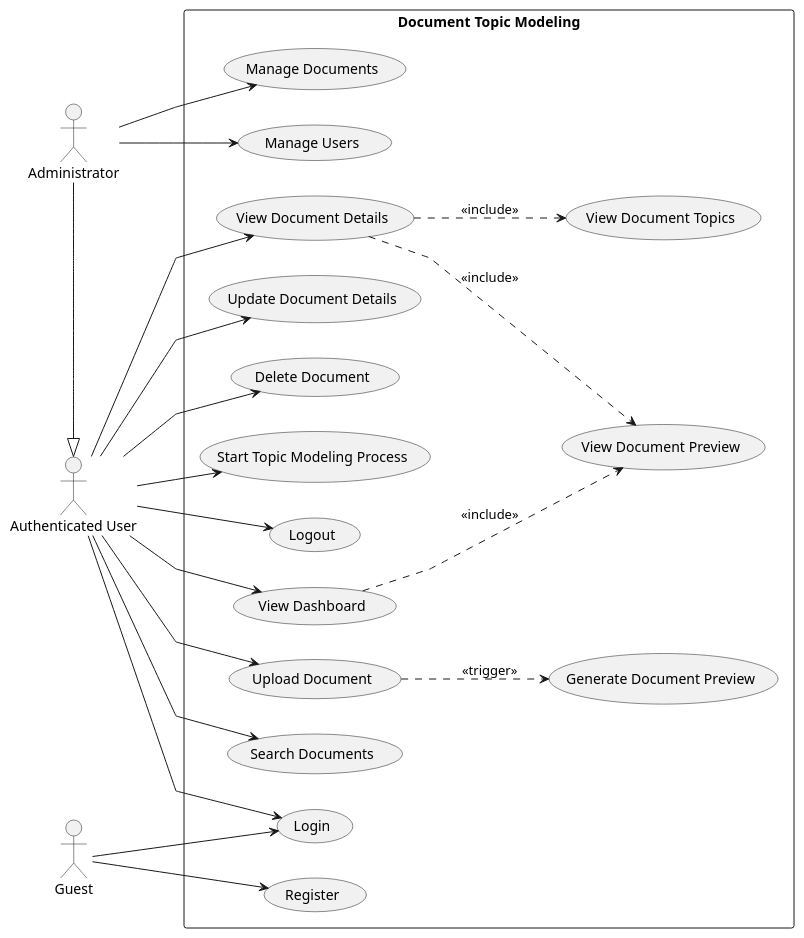
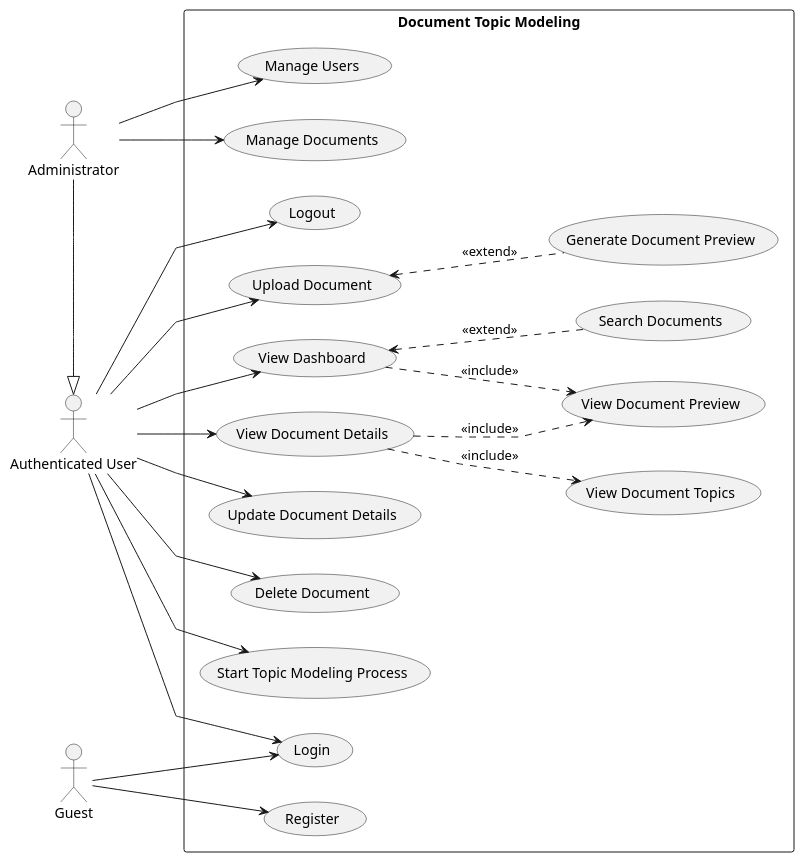
The diagram in doc/use-cases.pu (Bollemii/Master-thesis-Files-indexer), drawn with PlantUML before and after one commit. The commit also changed 1 other file, not shown here.

```diff
--- a/doc/use-cases.pu
+++ b/doc/use-cases.pu
@@ -1,50 +1,50 @@
 @startuml UseCases
 skinparam linetype polyline
 left to right direction
 
 actor Guest
 actor "Authenticated User" as User
 actor "Administrator" as Admin
 
 rectangle "Document Topic Modeling" {
   usecase "Register" as UC_Register
   usecase "Login" as UC_Login
   usecase "Logout" as UC_Logout
   usecase "Upload Document" as UC_Upload
   usecase "View Dashboard" as UC_ViewList
   usecase "Search Documents" as UC_Search
   usecase "View Document Details" as UC_ViewDetails
   usecase "Update Document Details" as UC_UpdateDetails
   usecase "Delete Document" as UC_Delete
   usecase "View Document Preview" as UC_ViewPreview
   usecase "View Document Topics" as UC_ViewTopics
   usecase "Start Topic Modeling Process" as UC_TopicModel
   usecase "Generate Document Preview" as UC_GenPreview
   usecase "Manage Users" as UC_ManageUsers
   usecase "Manage Documents" as UC_ManageDocuments
 
   Guest --> UC_Register
   Guest --> UC_Login
 
   User --> UC_Login
   User --> UC_Logout
   User --> UC_Upload
   User --> UC_ViewList
-  User --> UC_Search
   User --> UC_ViewDetails
   User --> UC_UpdateDetails
   User --> UC_Delete
   User --> UC_TopicModel
 
   UC_ViewDetails ..> UC_ViewPreview : <<include>>
   UC_ViewList ..> UC_ViewPreview : <<include>>
+  UC_ViewList <.. UC_Search : <<extend>>
   UC_ViewDetails ..> UC_ViewTopics : <<include>>
 
-  UC_Upload ..> UC_GenPreview : <<trigger>>
+  UC_Upload <.. UC_GenPreview : <<extend>>
 
   User <|-left- Admin
   Admin --> UC_ManageUsers
   Admin --> UC_ManageDocuments
 }
 
 @enduml
```
